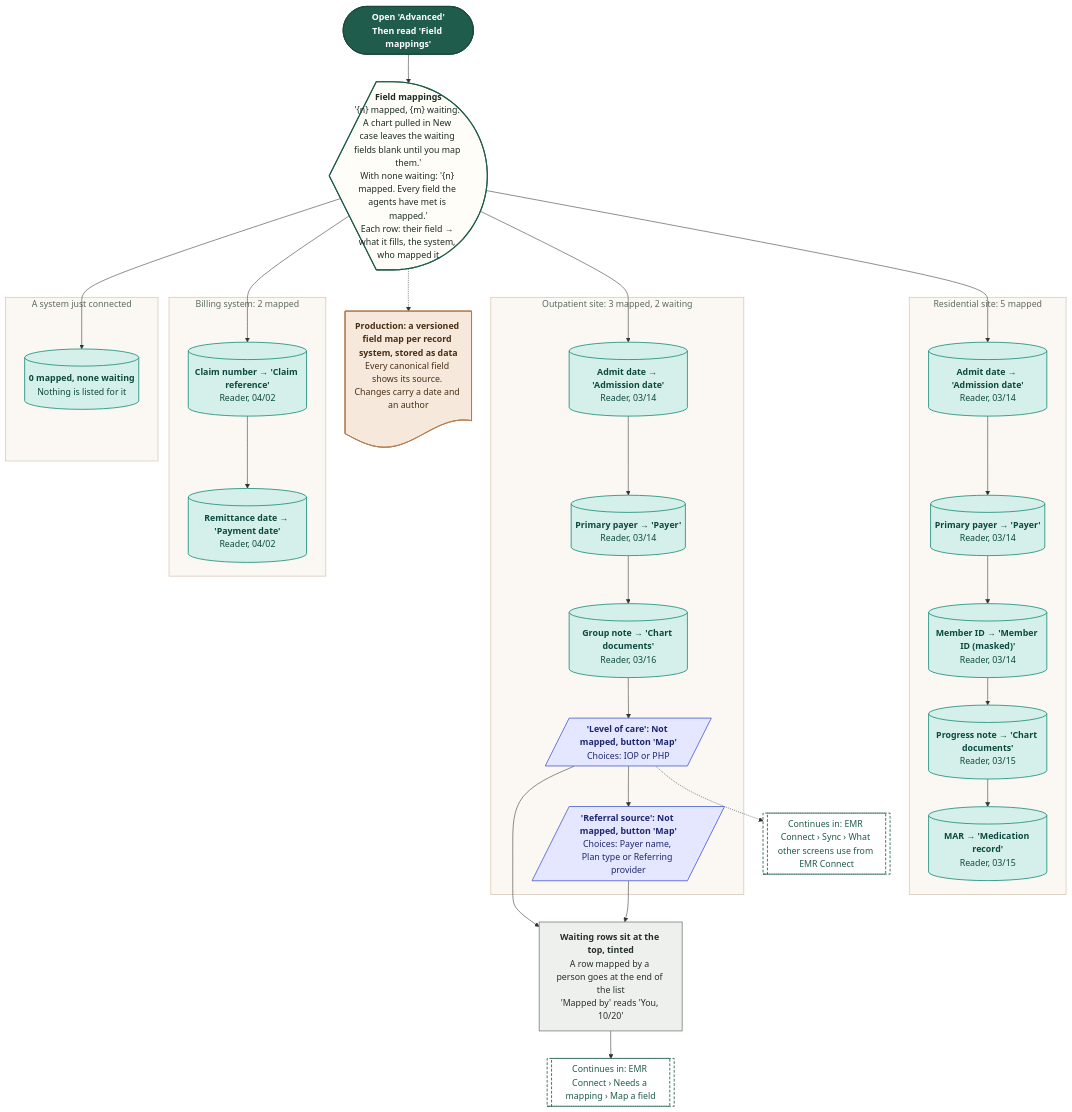
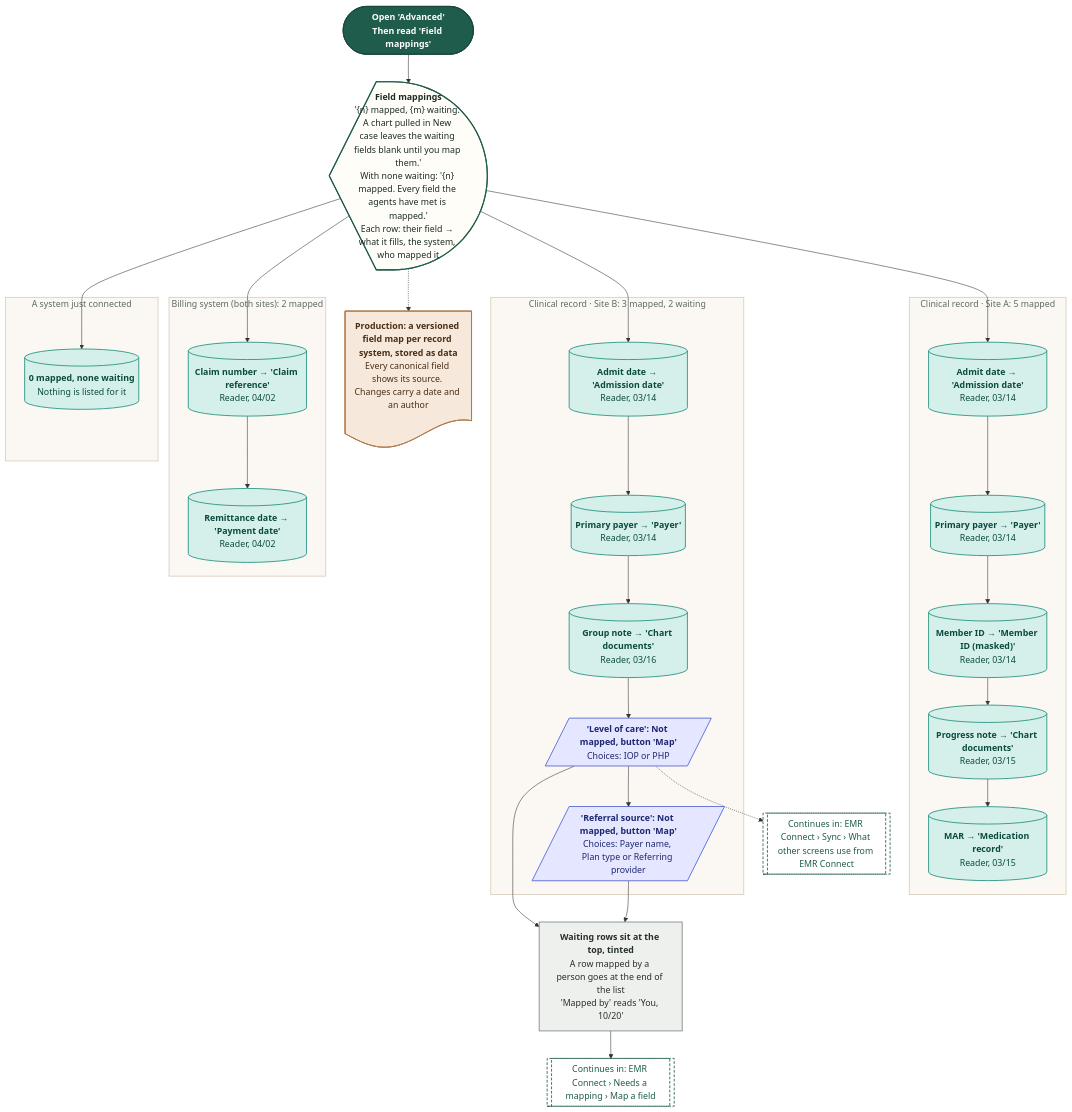
One commit to Shrav143/psyfloapp changed diagram 15 of 21 in demos/prior-auth-demo/workflows/out/md/09-emr-connect.md. Above: the diagram before and after it, drawn with Mermaid. The commit also changed other lines of this file and 251 other files, not shown here.

First line of the commit message:
docs: rebuild the workflow diagrams (291) for round 4

````diff
--- a/demos/prior-auth-demo/workflows/out/md/09-emr-connect.md
+++ b/demos/prior-auth-demo/workflows/out/md/09-emr-connect.md
@@ -1080,68 +1163,68 @@
 ```mermaid
 %%{init: {"theme":"base","themeVariables":{"fontFamily":"'DM Sans', 'Segoe UI', system-ui, sans-serif","fontSize":"15px","lineColor":"#5B6B63","primaryTextColor":"#1C2B25","clusterBkg":"#FBF8F3","clusterBorder":"#D9CDBB","edgeLabelBackground":"#FFFFFF"},"flowchart":{"curve":"basis","nodeSpacing":36,"rankSpacing":48,"padding":12,"htmlLabels":true,"useMaxWidth":false,"wrappingWidth":230}} }%%
 flowchart TD
   classDef k_start fill:#1F5C4B,stroke:#174638,color:#FFFFFF,stroke-width:1.5px,font-weight:600
   classDef k_end fill:#DDEFE3,stroke:#2E7D4F,color:#14502F,stroke-width:1.5px,font-weight:600
   classDef k_endx fill:#FBE3E0,stroke:#C0392B,color:#7A1F16,stroke-width:1.5px,font-weight:600
   classDef k_screen fill:#FFFDF8,stroke:#1F5C4B,color:#1C2B25,stroke-width:2px
   classDef k_overlay fill:#F1F7F3,stroke:#1F5C4B,color:#1C2B25,stroke-width:2px,stroke-dasharray:5 3
   classDef k_click fill:#DCEBFA,stroke:#2F6DB5,color:#12365F,stroke-width:1.5px
   classDef k_input fill:#E4E7FF,stroke:#4C5FD5,color:#1D2670,stroke-width:1.5px
   classDef k_process fill:#EEF0EE,stroke:#7A857F,color:#26302B,stroke-width:1.5px
   classDef k_agent fill:#EEE5FA,stroke:#7A4FC2,color:#341A63,stroke-width:1.5px
   classDef k_decision fill:#FFF0CC,stroke:#D9962B,color:#5C3B00,stroke-width:1.5px
   classDef k_store fill:#D5F0EA,stroke:#1C8E7B,color:#0B4A3F,stroke-width:1.5px
   classDef k_doc fill:#F6E9DC,stroke:#B07A4C,color:#4A2E14,stroke-width:1.5px
   classDef k_ext fill:#FFE6D2,stroke:#E07B39,color:#6B2F06,stroke-width:1.5px
   classDef k_wait fill:#E4E8EE,stroke:#6B7C93,color:#26303D,stroke-width:1.5px
   classDef k_toast fill:#FFF9DB,stroke:#C9A400,color:#5A4A00,stroke-width:1.5px
   classDef k_goto fill:#FFFFFF,stroke:#1F5C4B,color:#1F5C4B,stroke-width:1.5px,stroke-dasharray:5 3
   s1@{ shape: stadium, label: "<b>Open 'Advanced'</b><br/>Then read 'Field mappings'" }
   t0@{ shape: curv-trap, label: "<b>Field mappings</b><br/>'{n} mapped, {m} waiting. A chart pulled in New case leaves the waiting fields blank until you map them.'<br/>With none waiting: '{n} mapped. Every field the agents have met is mapped.'<br/>Each row: their field → what it fills, the system, who mapped it" }
-  subgraph gRes ["Residential site: 5 mapped"]
+  subgraph gRes ["Clinical record · Site A: 5 mapped"]
   r1@{ shape: cyl, label: "<b>Admit date → 'Admission date'</b><br/>Reader, 03/14" }
   r2@{ shape: cyl, label: "<b>Primary payer → 'Payer'</b><br/>Reader, 03/14" }
   r3@{ shape: cyl, label: "<b>Member ID → 'Member ID (masked)'</b><br/>Reader, 03/14" }
   r4@{ shape: cyl, label: "<b>Progress note → 'Chart documents'</b><br/>Reader, 03/15" }
   r5@{ shape: cyl, label: "<b>MAR → 'Medication record'</b><br/>Reader, 03/15" }
   end
-  subgraph gOut ["Outpatient site: 3 mapped, 2 waiting"]
+  subgraph gOut ["Clinical record · Site B: 3 mapped, 2 waiting"]
   o1@{ shape: cyl, label: "<b>Admit date → 'Admission date'</b><br/>Reader, 03/14" }
   o2@{ shape: cyl, label: "<b>Primary payer → 'Payer'</b><br/>Reader, 03/14" }
   o3@{ shape: cyl, label: "<b>Group note → 'Chart documents'</b><br/>Reader, 03/16" }
   w1@{ shape: lean-r, label: "<b>'Level of care': Not mapped, button 'Map'</b><br/>Choices: IOP or PHP" }
   w2@{ shape: lean-r, label: "<b>'Referral source': Not mapped, button 'Map'</b><br/>Choices: Payer name, Plan type or Referring provider" }
   end
-  subgraph gBill ["Billing system: 2 mapped"]
+  subgraph gBill ["Billing system (both sites): 2 mapped"]
   b1@{ shape: cyl, label: "<b>Claim number → 'Claim reference'</b><br/>Reader, 04/02" }
   b2@{ shape: cyl, label: "<b>Remittance date → 'Payment date'</b><br/>Reader, 04/02" }
   end
   subgraph gNew ["A system just connected"]
   n1@{ shape: cyl, label: "<b>0 mapped, none waiting</b><br/>Nothing is listed for it" }
   end
   c1@{ shape: rect, label: "<b>Waiting rows sit at the top, tinted</b><br/>A row mapped by a person goes at the end of the list<br/>'Mapped by' reads 'You, 10/20'" }
   d1@{ shape: doc, label: "<b>Production: a versioned field map per record system, stored as data</b><br/>Every canonical field shows its source. Changes carry a date and an author" }
   g1@{ shape: subproc, label: "Continues in: EMR Connect › Needs a mapping › Map a field" }
   g2@{ shape: subproc, label: "Continues in: EMR Connect › Sync › What other screens use from EMR Connect" }
   s1 --> t0
   t0 --> r1 & o1 & b1 & n1
   r1 --> r2 --> r3 --> r4 --> r5
   o1 --> o2 --> o3 --> w1 --> w2
   b1 --> b2
   w1 --> c1
   w2 --> c1
   c1 --> g1
   w1 -.-> g2
   t0 -.-> d1
   class s1 k_start
   class t0 k_screen
   class r1,r2,r3,r4,r5,o1,o2,o3,b1,b2,n1 k_store
   class w1,w2 k_input
   class c1 k_process
   class d1 k_doc
   class g1,g2 k_goto
   style gRes fill:#FBF8F3,stroke:#D9CDBB,stroke-width:1.5px,color:#5B6B63
   style gOut fill:#FBF8F3,stroke:#D9CDBB,stroke-width:1.5px,color:#5B6B63
   style gBill fill:#FBF8F3,stroke:#D9CDBB,stroke-width:1.5px,color:#5B6B63
   style gNew fill:#FBF8F3,stroke:#D9CDBB,stroke-width:1.5px,color:#5B6B63
 ```
````
